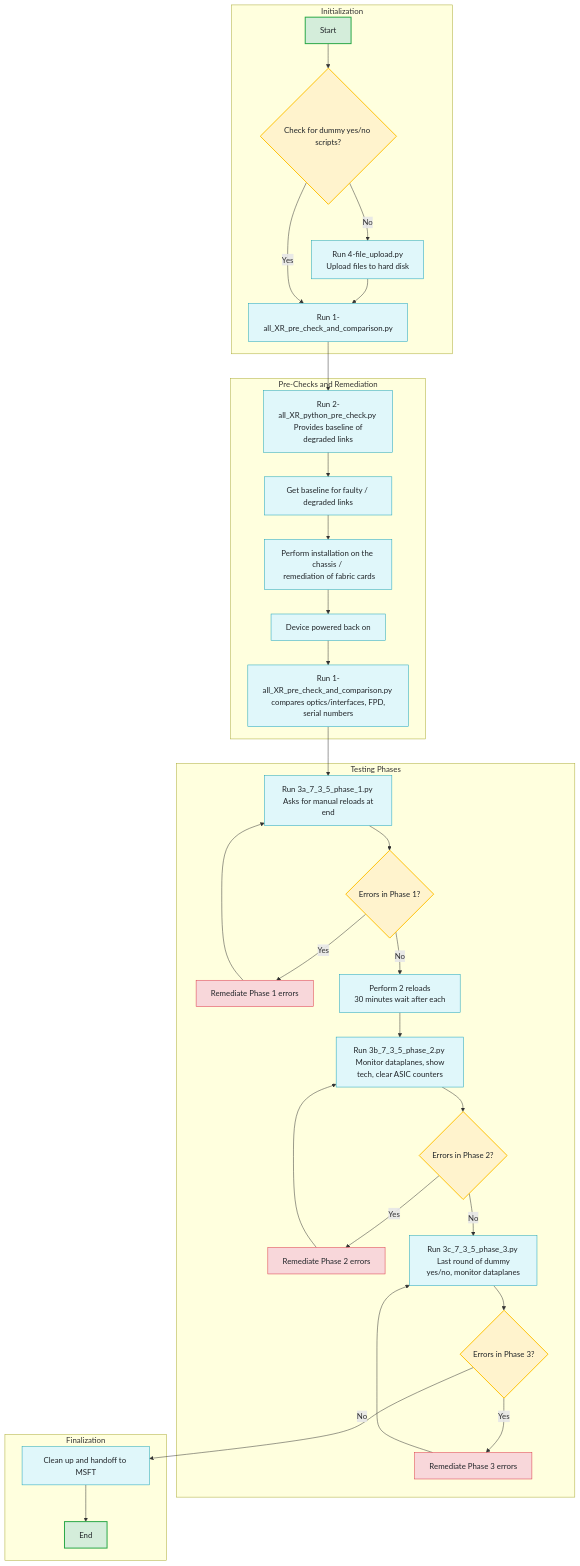
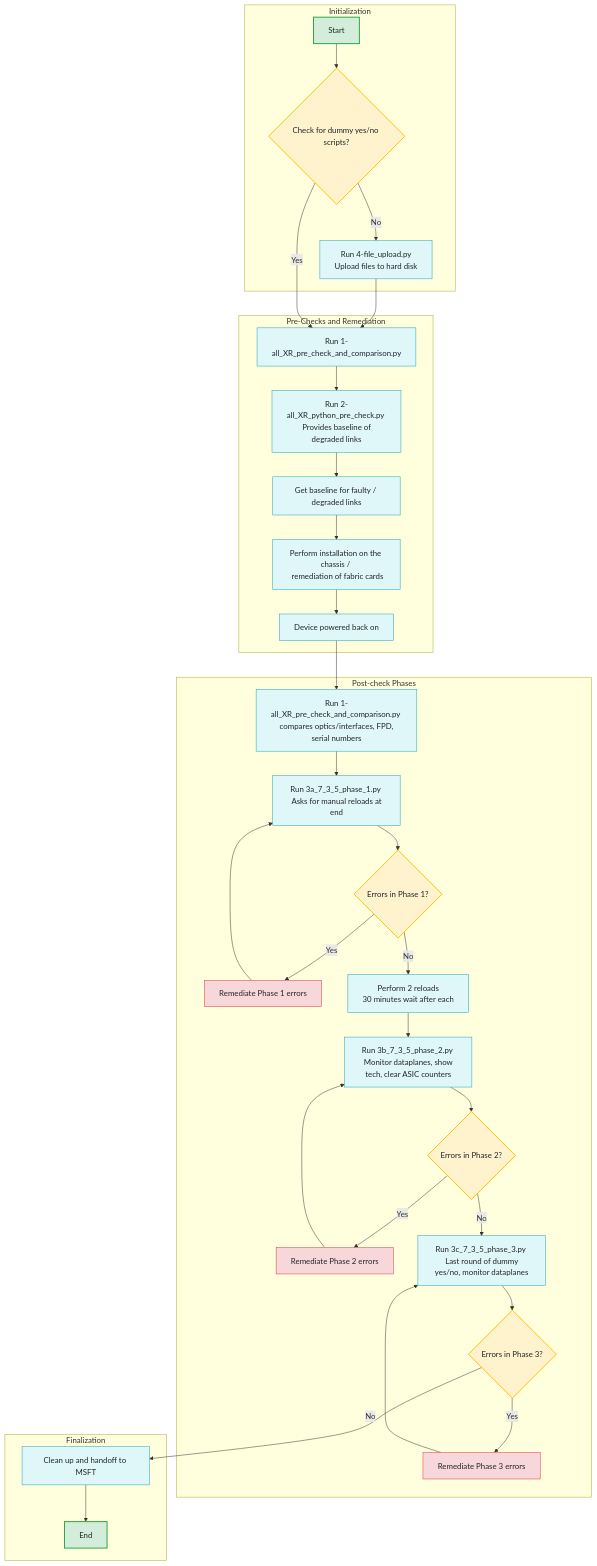
One commit to prongupt/WP-Remediation-MoP changed the diagram in 7_3_5_WP3_Health_Check_Prod/0-ReadMe.md. Above: the diagram before and after it, drawn with Mermaid. The commit also changed 1 other file, not shown here.

Commit message:
clean up being performed

````diff
--- a/7_3_5_WP3_Health_Check_Prod/0-ReadMe.md
+++ b/7_3_5_WP3_Health_Check_Prod/0-ReadMe.md
@@ -1,63 +1,64 @@
 ```mermaid
 graph TD
     subgraph Initialization
         A[Start] --> B{Check for dummy yes/no scripts?};
         B -- No --> C[Run 4-file_upload.py <br> Upload files to hard disk];
-        C --> D[Run 1-all_XR_pre_check_and_comparison.py];
-        B -- Yes --> D;
+        
     end
 
     subgraph Pre-Checks and Remediation
+        C --> D[Run 1-all_XR_pre_check_and_comparison.py];
+        B -- Yes --> D;
         D --> E[Run 2-all_XR_python_pre_check.py <br> Provides baseline of degraded links];
         E --> F[Get baseline for faulty / degraded links];
         F --> G[Perform installation on the chassis / <br> remediation of fabric cards];
-        G --> H[Device powered back on];
-        H --> I[Run 1-all_XR_pre_check_and_comparison.py <br> compares optics/interfaces, FPD, serial numbers];
+        G --> H[Device powered back on]
     end
 
-    subgraph Testing Phases
+    subgraph Post-check Phases
+        H --> I[Run 1-all_XR_pre_check_and_comparison.py <br> compares optics/interfaces, FPD, serial numbers];
         I --> J[Run 3a_7_3_5_phase_1.py <br> Asks for manual reloads at end];
         J --> K{Errors in Phase 1?};
         K -- Yes --> L[Remediate Phase 1 errors];
         L --> J;
         K -- No --> M[Perform 2 reloads <br> 30 minutes wait after each];
 
         M --> N[Run 3b_7_3_5_phase_2.py <br> Monitor dataplanes, show tech, clear ASIC counters];
         N --> O{Errors in Phase 2?};
         O -- Yes --> P[Remediate Phase 2 errors];
         P --> N;
         O -- No --> Q[Run 3c_7_3_5_phase_3.py <br> Last round of dummy yes/no, monitor dataplanes];
 
         Q --> R{Errors in Phase 3?};
         R -- Yes --> S[Remediate Phase 3 errors];
         S --> Q;
     end
 
     subgraph Finalization
         R -- No --> T[Clean up and handoff to MSFT];
         T --> U[End];
     end
 
     %% Styling for better readability
     style A fill:#D4EDDA,stroke:#28A745,stroke-width:2px,color:#212529
     style U fill:#D4EDDA,stroke:#28A745,stroke-width:2px,color:#212529
     style B fill:#FFF3CD,stroke:#FFC107,stroke-width:2px,color:#212529
     style K fill:#FFF3CD,stroke:#FFC107,stroke-width:2px,color:#212529
     style O fill:#FFF3CD,stroke:#FFC107,stroke-width:2px,color:#212529
     style R fill:#FFF3CD,stroke:#FFC107,stroke-width:2px,color:#212529
     style C fill:#E0F7FA,stroke:#17A2B8,stroke-width:1px,color:#212529
     style D fill:#E0F7FA,stroke:#17A2B8,stroke-width:1px,color:#212529
     style E fill:#E0F7FA,stroke:#17A2B8,stroke-width:1px,color:#212529
     style F fill:#E0F7FA,stroke:#17A2B8,stroke-width:1px,color:#212529
     style G fill:#E0F7FA,stroke:#17A2B8,stroke-width:1px,color:#212529
     style H fill:#E0F7FA,stroke:#17A2B8,stroke-width:1px,color:#212529
     style I fill:#E0F7FA,stroke:#17A2B8,stroke-width:1px,color:#212529
     style J fill:#E0F7FA,stroke:#17A2B8,stroke-width:1px,color:#212529
     style M fill:#E0F7FA,stroke:#17A2B8,stroke-width:1px,color:#212529
     style N fill:#E0F7FA,stroke:#17A2B8,stroke-width:1px,color:#212529
     style Q fill:#E0F7FA,stroke:#17A2B8,stroke-width:1px,color:#212529
     style T fill:#E0F7FA,stroke:#17A2B8,stroke-width:1px,color:#212529
     style L fill:#F8D7DA,stroke:#DC3545,stroke-width:1px,color:#212529
     style P fill:#F8D7DA,stroke:#DC3545,stroke-width:1px,color:#212529
     style S fill:#F8D7DA,stroke:#DC3545,stroke-width:1px,color:#212529
 ```
````
